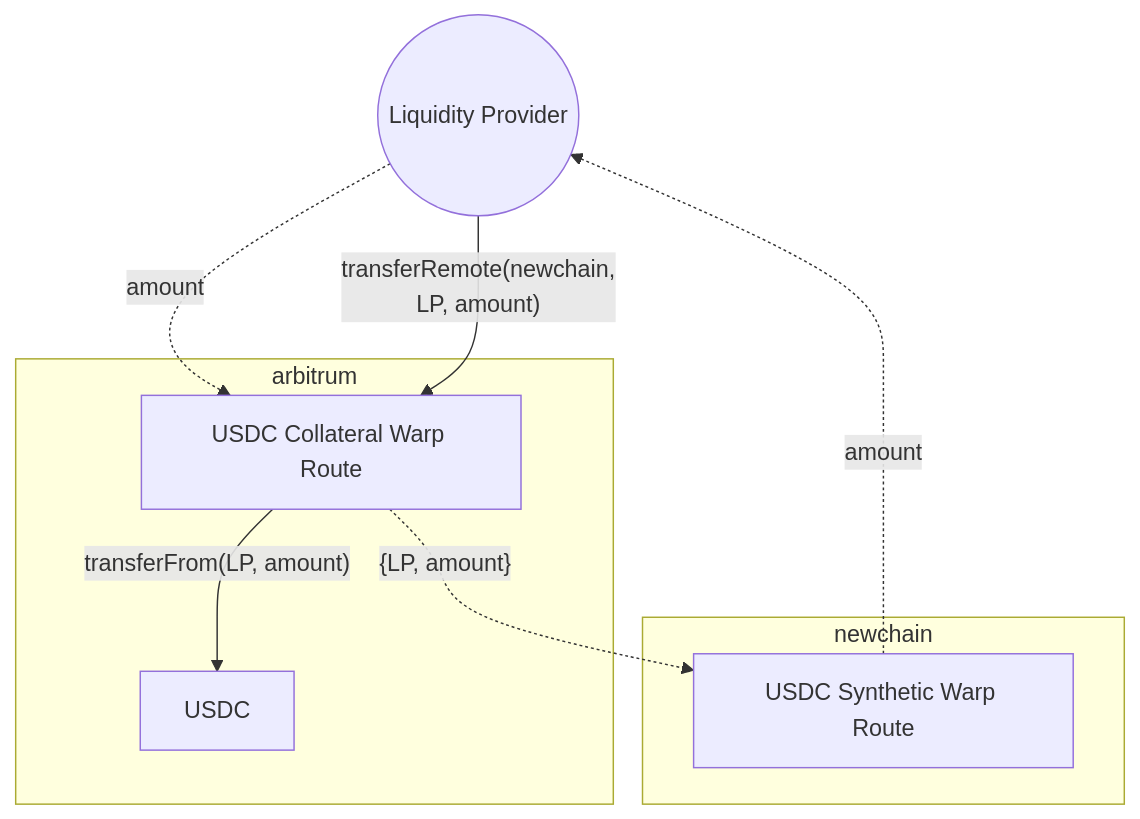
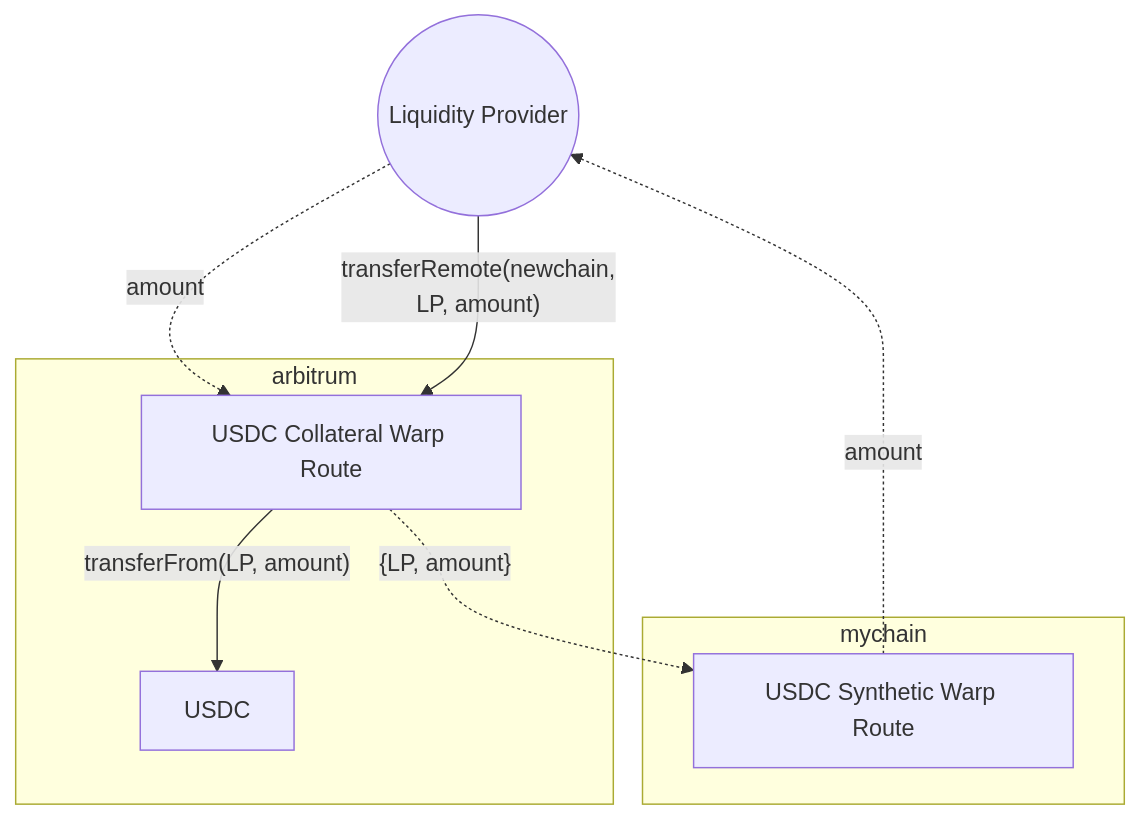
Before and after one commit to hyperlane-xyz/v3-docs: the third of 5 diagrams in docs/guides/multicollateral-warp-route.mdx, drawn with Mermaid. The commit also changed other lines of this file, not shown here.

````diff
--- a/docs/guides/multicollateral-warp-route.mdx
+++ b/docs/guides/multicollateral-warp-route.mdx
@@ -101,20 +101,20 @@
 ```mermaid
 flowchart
 	LP((Liquidity Provider))
 
 	subgraph arbitrum
 		AWR[USDC Collateral Warp Route]
 		AUSDC[USDC]
 	end
 
-	subgraph newchain
+	subgraph mychain
 		MWR[USDC Synthetic Warp Route]
 	end
 
 	AWR -- "transferFrom(LP, amount)" --> AUSDC
 	LP -. "amount" .-> AWR
 	LP -- "transferRemote(newchain,<br>LP, amount)" --> AWR
 
 	AWR -. "{LP, amount}" .-> MWR
 	MWR -. "amount" .-> LP
 ```
````
